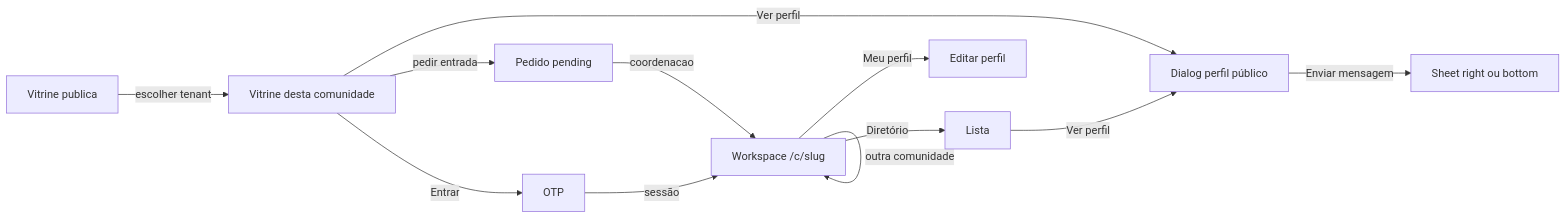
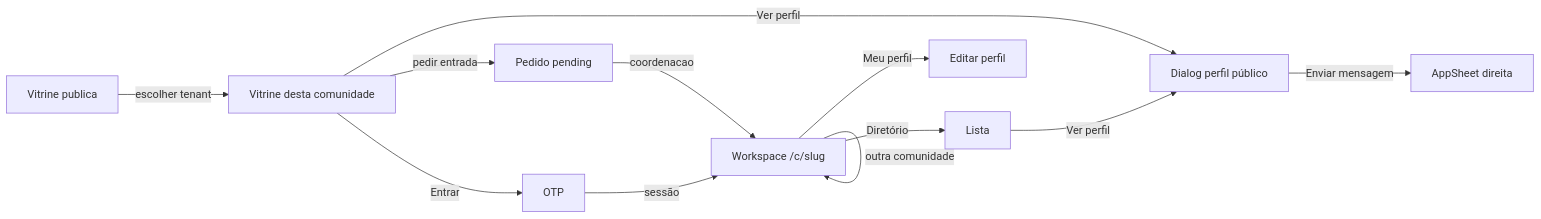
The first of 2 diagrams in docs/09_design_system.md (colabcolibri/comuna), drawn with Mermaid before and after one commit. The commit also changed other lines of this file and 118 other files, not shown here.

````diff
--- a/docs/09_design_system.md
+++ b/docs/09_design_system.md
@@ -123,14 +128,14 @@
 ```mermaid
 flowchart LR
     V[Vitrine publica] -->|escolher tenant| S[Vitrine desta comunidade]
     S -->|pedir entrada| J[Pedido pending]
     J -->|coordenacao| W[Workspace /c/slug]
     S -->|Ver perfil| P[Dialog perfil público]
-    P -->|Enviar mensagem| C[Sheet right ou bottom]
+    P -->|Enviar mensagem| C[AppSheet direita]
     S -->|Entrar| O[OTP]
     O -->|sessão| W
     W -->|Diretório| D[Lista]
     D -->|Ver perfil| P
     W -->|Meu perfil| E[Editar perfil]
     W -->|outra comunidade| W
 ```
````
